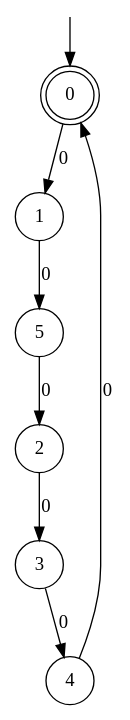
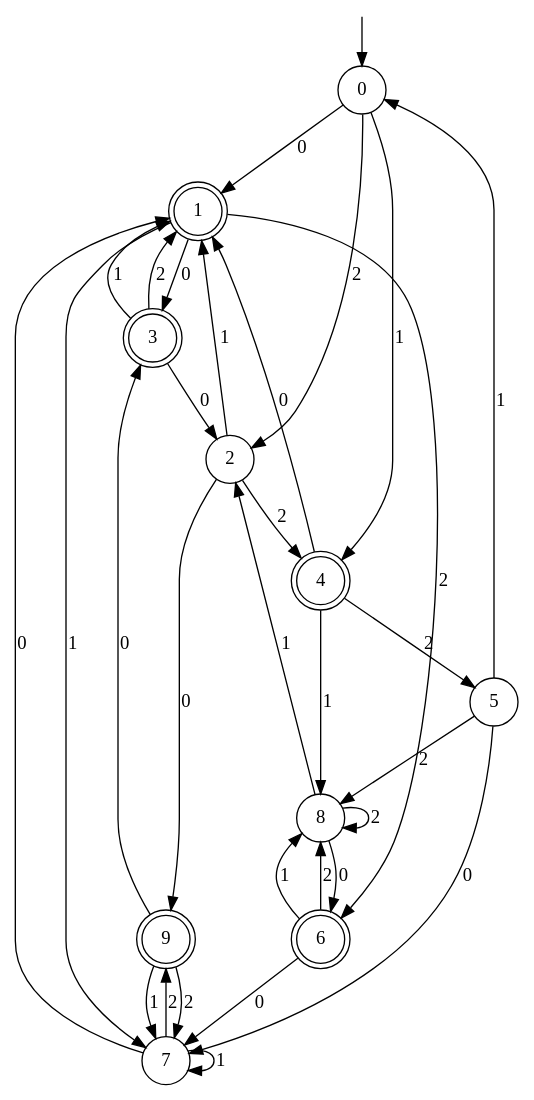
One commit to rasofema/learnlib changed the diagram in algorithms/incremental/ilstar/classic.dot. Above: the diagram before and after it, drawn with Graphviz. The commit also changed 19 other files, not shown here.

```diff
--- a/algorithms/incremental/ilstar/classic.dot
+++ b/algorithms/incremental/ilstar/classic.dot
@@ -1,19 +1,47 @@
 digraph g {
 
-	s0 [shape="doublecircle" label="0"];
-	s1 [shape="circle" label="1"];
+	s0 [shape="circle" label="0"];
+	s1 [shape="doublecircle" label="1"];
 	s2 [shape="circle" label="2"];
-	s3 [shape="circle" label="3"];
-	s4 [shape="circle" label="4"];
+	s3 [shape="doublecircle" label="3"];
+	s4 [shape="doublecircle" label="4"];
 	s5 [shape="circle" label="5"];
+	s6 [shape="doublecircle" label="6"];
+	s7 [shape="circle" label="7"];
+	s8 [shape="circle" label="8"];
+	s9 [shape="doublecircle" label="9"];
 	s0 -> s1 [label="0"];
-	s1 -> s5 [label="0"];
-	s2 -> s3 [label="0"];
-	s3 -> s4 [label="0"];
-	s4 -> s0 [label="0"];
-	s5 -> s2 [label="0"];
+	s0 -> s4 [label="1"];
+	s0 -> s2 [label="2"];
+	s1 -> s3 [label="0"];
+	s1 -> s7 [label="1"];
+	s1 -> s6 [label="2"];
+	s2 -> s9 [label="0"];
+	s2 -> s1 [label="1"];
+	s2 -> s4 [label="2"];
+	s3 -> s2 [label="0"];
+	s3 -> s1 [label="1"];
+	s3 -> s1 [label="2"];
+	s4 -> s1 [label="0"];
+	s4 -> s8 [label="1"];
+	s4 -> s5 [label="2"];
+	s5 -> s7 [label="0"];
+	s5 -> s0 [label="1"];
+	s5 -> s8 [label="2"];
+	s6 -> s7 [label="0"];
+	s6 -> s8 [label="1"];
+	s6 -> s8 [label="2"];
+	s7 -> s1 [label="0"];
+	s7 -> s7 [label="1"];
+	s7 -> s9 [label="2"];
+	s8 -> s6 [label="0"];
+	s8 -> s2 [label="1"];
+	s8 -> s8 [label="2"];
+	s9 -> s3 [label="0"];
+	s9 -> s7 [label="1"];
+	s9 -> s7 [label="2"];
 
 __start0 [label="" shape="none" width="0" height="0"];
 __start0 -> s0;
 
 }
```
